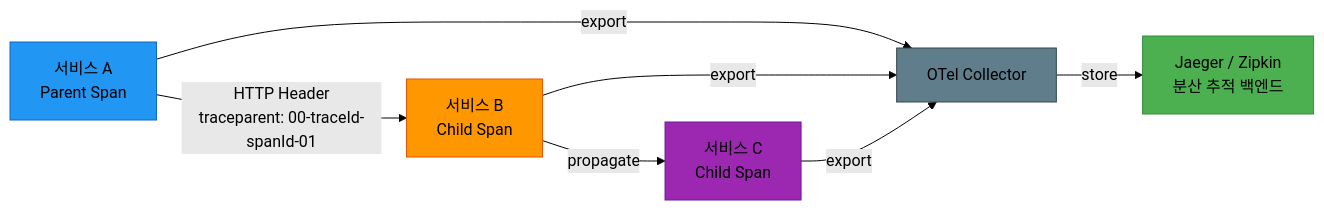
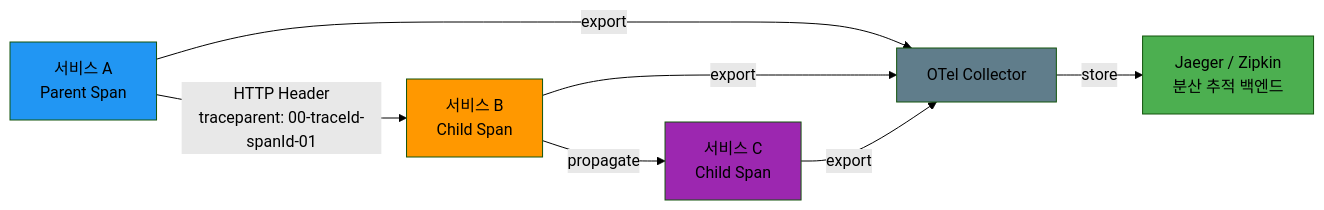
One commit to bluetape4k/bluetape4k-projects changed the fourth of 4 diagrams in infra/opentelemetry/README.md. Above: the diagram before and after it, drawn with Mermaid (forest theme). The commit also changed other lines of this file and 94 other files, not shown here.

First line of the commit message:
docs: Mermaid classDef에서 stroke:#색상 제거 (파서 오류 수정)

````diff
--- a/infra/opentelemetry/README.md
+++ b/infra/opentelemetry/README.md
@@ -380,17 +380,17 @@
 ```mermaid
 flowchart LR
     ServiceA[서비스 A<br/>Parent Span] -->|HTTP Header<br/>traceparent: 00-traceId-spanId-01| ServiceB[서비스 B<br/>Child Span]
     ServiceB -->|propagate| ServiceC[서비스 C<br/>Child Span]
 
     ServiceA -->|export| Collector[OTel Collector]
     ServiceB -->|export| Collector
     ServiceC -->|export| Collector
 
     Collector -->|store| Backend[Jaeger / Zipkin<br/>분산 추적 백엔드]
 
-    style ServiceA fill:#2196F3,stroke:#1565C0
-    style ServiceB fill:#FF9800,stroke:#E65100
-    style ServiceC fill:#9C27B0,stroke:#6A1B9A
-    style Backend fill:#4CAF50,stroke:#388E3C
-    style Collector fill:#607D8B,stroke:#37474F
+    style ServiceA fill:#2196F3
+    style ServiceB fill:#FF9800
+    style ServiceC fill:#9C27B0
+    style Backend fill:#4CAF50
+    style Collector fill:#607D8B
 ```
````
